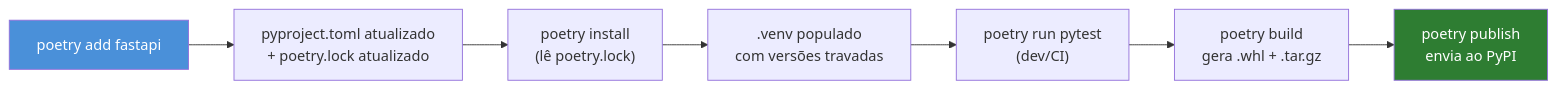
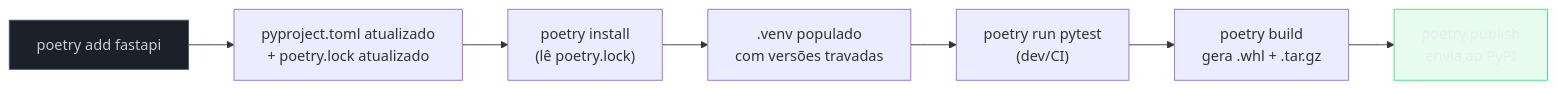
The diagram in 03-Dominios/Tecnologia/Python/Build e tooling/05 - Poetry — a alternativa madura.md (josenaldo/codex-technomanticus), drawn with Mermaid before and after one commit. The commit also changed 1181 other files, not shown here.

First line of the commit message:
fix(diagramas): paleta do sistema no lugar de cor cravada no markdown

````diff
--- a/03-Dominios/Tecnologia/Python/Build e tooling/05 - Poetry — a alternativa madura.md
+++ b/03-Dominios/Tecnologia/Python/Build e tooling/05 - Poetry — a alternativa madura.md
@@ -269,12 +269,14 @@
 ```mermaid
 flowchart LR
+    classDef neutro fill:#1B2029,stroke:#4E5666,color:#C6CCD8
+    classDef ok fill:#4ADE8021,stroke:#4ADE80,color:#E9ECF2
     A["poetry add fastapi"] --> B["pyproject.toml atualizado<br/>+ poetry.lock atualizado"]
     B --> C["poetry install<br/>(lê poetry.lock)"]
     C --> D[".venv populado<br/>com versões travadas"]
     D --> E["poetry run pytest<br/>(dev/CI)"]
     E --> F["poetry build<br/>gera .whl + .tar.gz"]
     F --> G["poetry publish<br/>envia ao PyPI"]
 
-    style A fill:#4A90D9,color:#fff
-    style G fill:#2E7D32,color:#fff
+    class A neutro
+    class G ok
 ```
````
